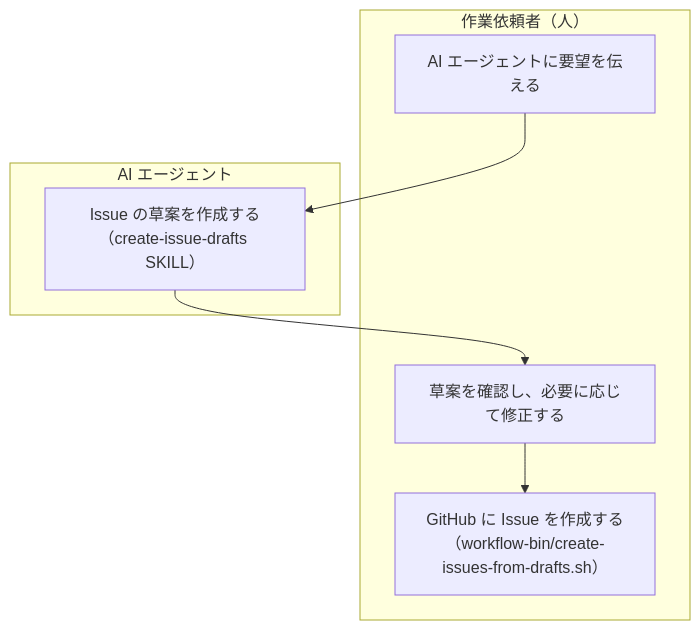
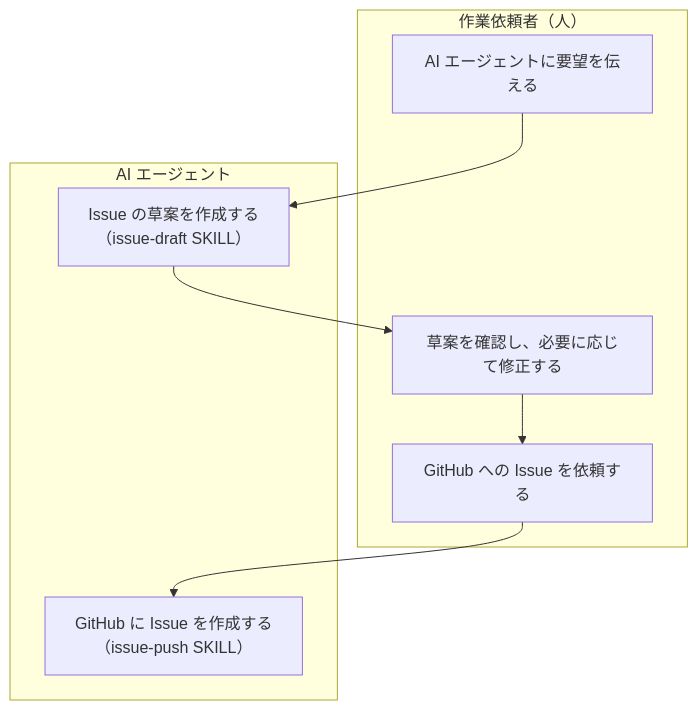
One commit to k5n/custom-agents-settings changed the first of 6 diagrams in docs/Workflow.md. Above: the diagram before and after it, drawn with Mermaid. The commit also changed other lines of this file and 9 other files, not shown here.

````diff
--- a/docs/Workflow.md
+++ b/docs/Workflow.md
@@ -43,14 +43,15 @@
 ```mermaid
 flowchart TD
     subgraph Human[作業依頼者（人）]
         A[AI エージェントに要望を伝える]
         C[草案を確認し、必要に応じて修正する]
-        D[GitHub に Issue を作成する\n（workflow-bin/create-issues-from-drafts.sh）]
+        D[GitHub への Issue を依頼する]
     end
 
     subgraph AI[AI エージェント]
-        B[Issue の草案を作成する\n（create-issue-drafts SKILL）]
+        B[Issue の草案を作成する\n（issue-draft SKILL）]
+        E[GitHub に Issue を作成する\n（issue-push SKILL）]
     end
 
-    A --> B --> C --> D
+    A --> B --> C --> D --> E
 ```
````
